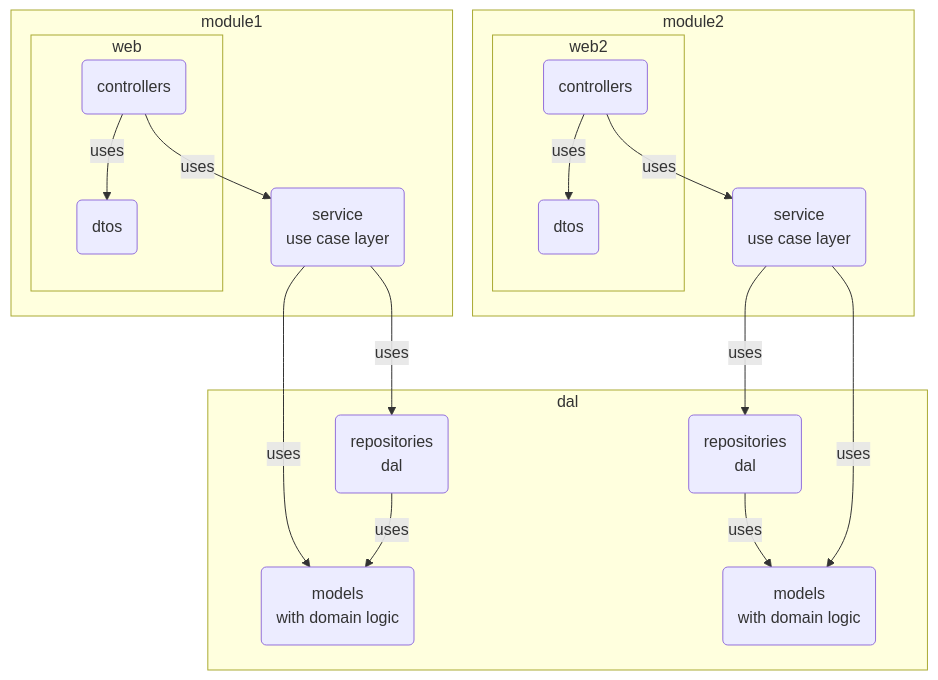
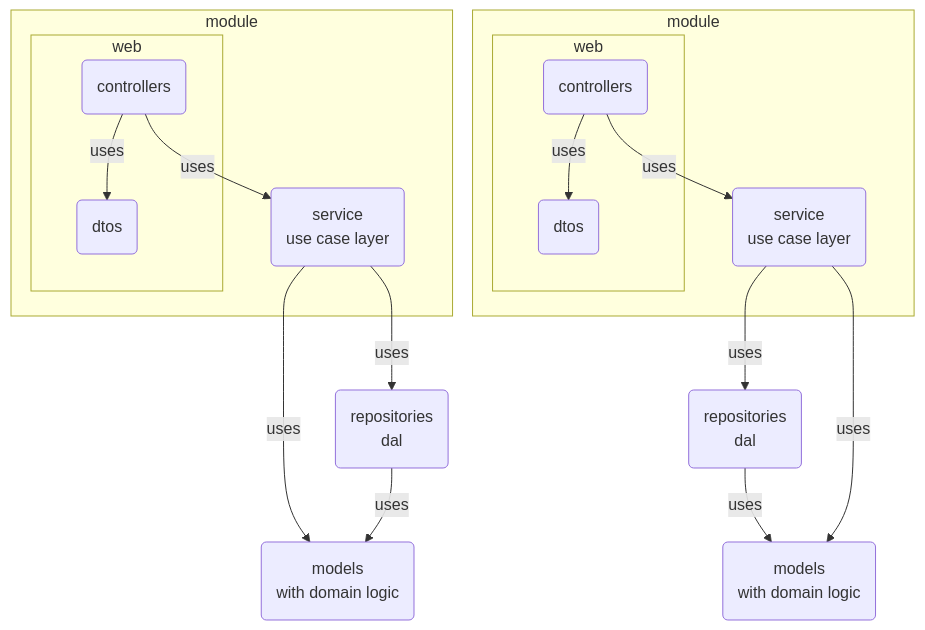
Before and after one commit to zhuravlevma/nestj-active-record: the diagram in README.md, drawn with Mermaid.

````diff
--- a/README.md
+++ b/README.md
@@ -7,29 +7,26 @@
 ```mermaid
 
   flowchart TD
-    subgraph module1
-    subgraph web
+    subgraph module1[module]
+    subgraph web[web]
     controllers1(controllers) -- uses -->dtos1(dtos)
     end
     controllers1 -- uses --> services1(service </br> use case layer)
     end
 
-    subgraph module2
-    subgraph web2
+    subgraph module2[module]
+    subgraph web2[web]
     controllers2(controllers) -- uses -->dtos2(dtos)
     end
     controllers2 -- uses --> services2(service </br> use case layer)
     end
 
 
-    subgraph dal
     services1 -- uses --> respoitory1(repositories </br> dal)
     services1 -- uses --> model1(models </br> with domain logic)
     respoitory1 -- uses --> model1
 
     services2 -- uses --> respoitory2(repositories </br> dal)
     respoitory2 -- uses --> model2
     services2 -- uses --> model2(models </br> with domain logic)
-
-    end
 ```
````
